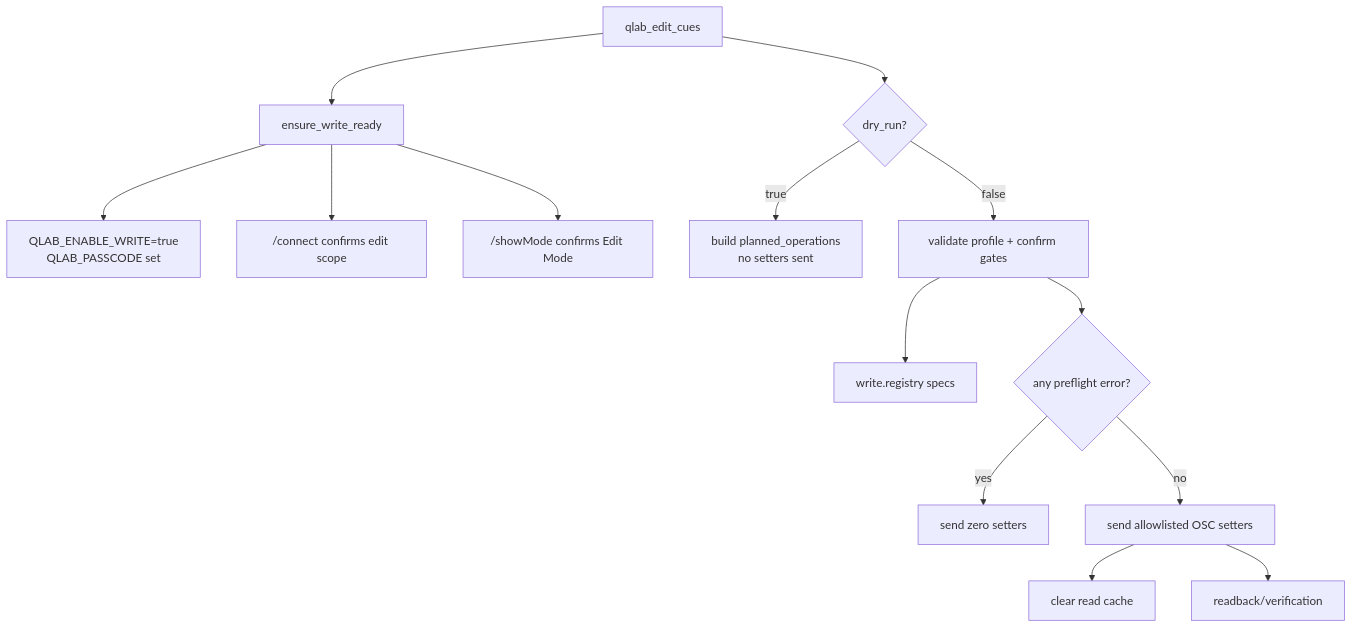
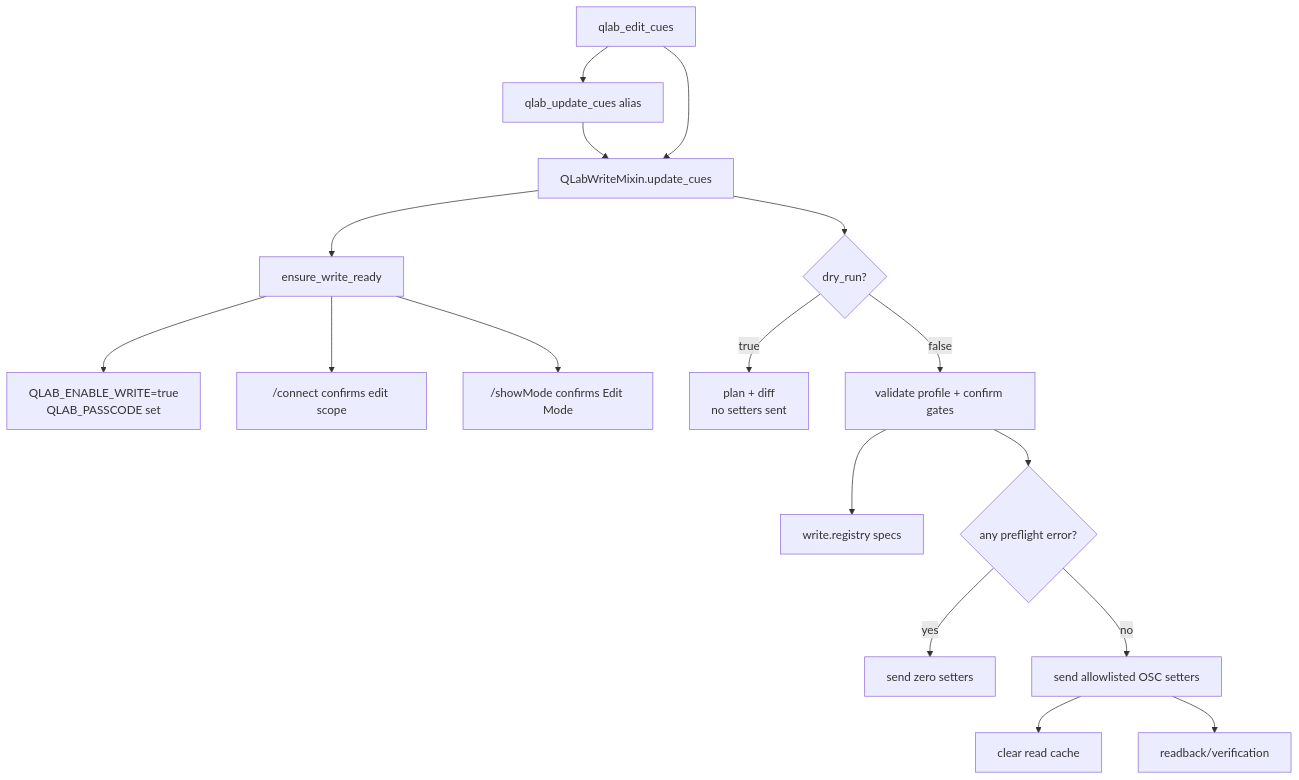
The fourth of 6 diagrams in docs/current/architecture/codebase_graphs.md (MarcheKEN/Qlab-MCP), drawn with Mermaid before and after one commit. The commit also changed other lines of this file and 14 other files, not shown here.

````diff
--- a/docs/current/architecture/codebase_graphs.md
+++ b/docs/current/architecture/codebase_graphs.md
@@ -86,16 +91,19 @@
 ```mermaid
 flowchart TD
-    Update["qlab_edit_cues"] --> Ready["ensure_write_ready"]
+    Edit["qlab_edit_cues"] --> Alias["qlab_update_cues alias"]
+    Alias --> Update["QLabWriteMixin.update_cues"]
+    Edit --> Update
+    Update --> Ready["ensure_write_ready"]
     Ready --> Env["QLAB_ENABLE_WRITE=true<br/>QLAB_PASSCODE set"]
     Ready --> Connect["/connect confirms edit scope"]
     Ready --> Mode["/showMode confirms Edit Mode"]
     Update --> DryRun{"dry_run?"}
-    DryRun -->|true| Plan["build planned_operations<br/>no setters sent"]
+    DryRun -->|true| Plan["plan + diff<br/>no setters sent"]
     DryRun -->|false| Validate["validate profile + confirm gates"]
     Validate --> Registry["write.registry specs"]
     Validate --> BatchGate{"any preflight error?"}
     BatchGate -->|yes| Block["send zero setters"]
     BatchGate -->|no| Setters["send allowlisted OSC setters"]
     Setters --> ClearCache["clear read cache"]
     Setters --> Verify["readback/verification"]
 ```
````
